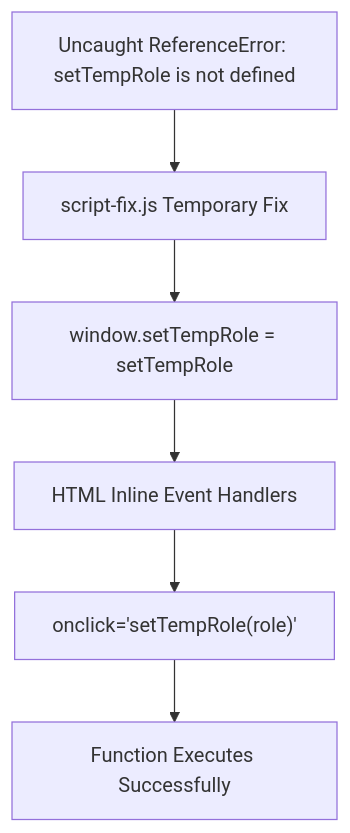
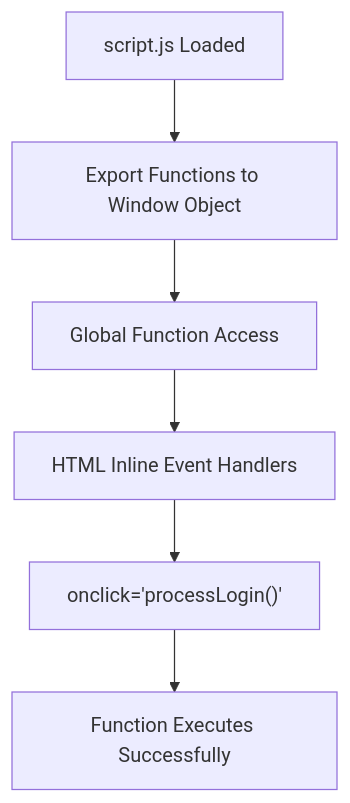
Before and after one commit to Rehanpatel3858/BusTrack-Pro: the ninth of 11 diagrams in .qoder/repowiki/en/content/Authentication System.md, drawn with Mermaid. The commit also changed other lines of this file and 3 other files, not shown here.

````diff
--- a/.qoder/repowiki/en/content/Authentication System.md
+++ b/.qoder/repowiki/en/content/Authentication System.md
@@ -339,8 +426,8 @@
 ```mermaid
 flowchart TD
-Problem["Uncaught ReferenceError: setTempRole is not defined"] --> Solution["script-fix.js Temporary Fix"]
-Solution --> GlobalExport["window.setTempRole = setTempRole"]
-GlobalExport --> InlineHandler["HTML Inline Event Handlers"]
-InlineHandler --> FunctionCall["onclick='setTempRole(role)'"]
+ScriptLoad["script.js Loaded"] --> ExportFunctions["Export Functions to Window Object"]
+ExportFunctions --> GlobalAccess["Global Function Access"]
+GlobalAccess --> InlineHandlers["HTML Inline Event Handlers"]
+InlineHandlers --> FunctionCall["onclick='processLogin()'"]
 FunctionCall --> Success["Function Executes Successfully"]
 ```
````
